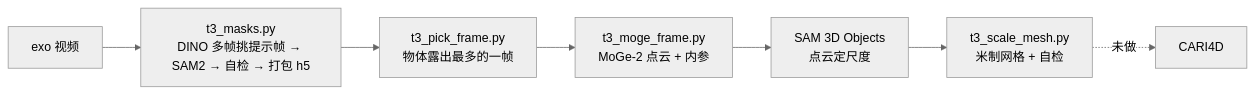
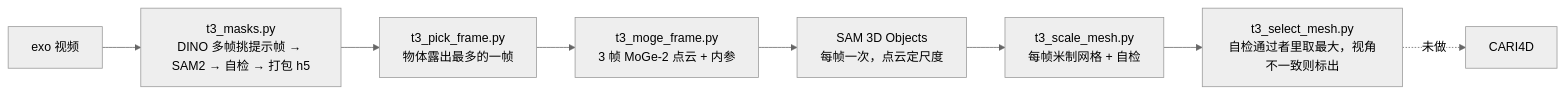
Before and after one commit to Manifold-ai/maniphys_lab_v2d_challenge: the diagram in stages/recovery/tier3/README.md, drawn with Mermaid (neutral theme). The commit also changed other lines of this file and 10 other files, not shown here.

````diff
--- a/stages/recovery/tier3/README.md
+++ b/stages/recovery/tier3/README.md
@@ -27,9 +29,10 @@
 ```mermaid
 flowchart LR
   V[exo 视频] --> M[t3_masks.py<br/>DINO 多帧挑提示帧 → SAM2 → 自检 → 打包 h5]
   M --> P[t3_pick_frame.py<br/>物体露出最多的一帧]
-  P --> G[t3_moge_frame.py<br/>MoGe-2 点云 + 内参]
-  G --> S[SAM 3D Objects<br/>点云定尺度]
-  S --> C[t3_scale_mesh.py<br/>米制网格 + 自检]
-  C -.未做.-> K[CARI4D]
+  P --> G[t3_moge_frame.py<br/>3 帧 MoGe-2 点云 + 内参]
+  G --> S[SAM 3D Objects<br/>每帧一次，点云定尺度]
+  S --> C[t3_scale_mesh.py<br/>每帧米制网格 + 自检]
+  C --> X[t3_select_mesh.py<br/>自检通过者里取最大，视角不一致则标出]
+  X -.未做.-> K[CARI4D]
 ```
````
